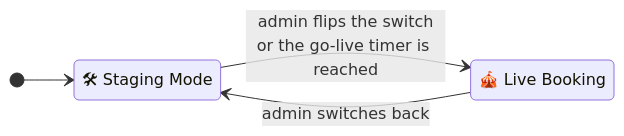
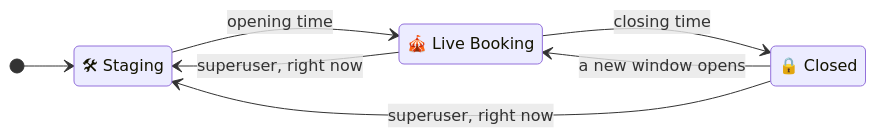
The diagram in docs/guide/phases.md (MorpheusMXML/hamburn-cozynights), drawn with Mermaid before and after one commit. The commit also changed other lines of this file and 16 other files, not shown here.

First line of the commit message:
docs(booking): describe the booking window, the phase Closed and the new panel

````diff
--- a/docs/guide/phases.md
+++ b/docs/guide/phases.md
@@ -5,9 +5,13 @@
 ```mermaid
 stateDiagram-v2
   direction LR
-  state "🛠 Staging Mode" as Staging
+  state "🛠 Staging" as Staging
   state "🎪 Live Booking" as Live
+  state "🔒 Closed" as Closed
   [*] --> Staging
-  Staging --> Live: admin flips the switch<br/>or the go-live timer is reached
-  Live --> Staging: admin switches back
+  Staging --> Live: opening time
+  Live --> Closed: closing time
+  Closed --> Live: a new window opens
+  Live --> Staging: superuser, right now
+  Closed --> Staging: superuser, right now
 ```
````
